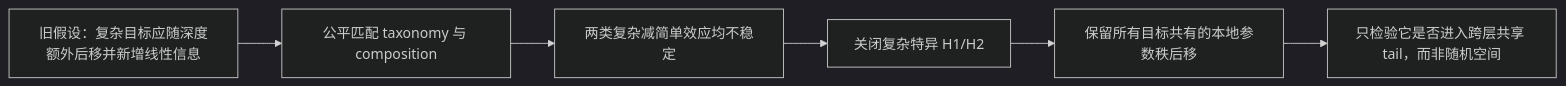
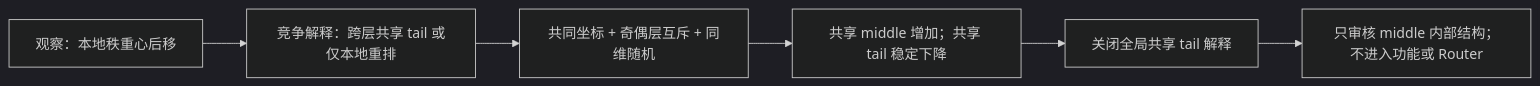
Before and after one commit to Shphd3/Research_System: the diagram in daily_research_reports/0809/focus.md, drawn with Mermaid (dark theme). The commit also changed other lines of this file and 23 other files, not shown here.

````diff
--- a/daily_research_reports/0809/focus.md
+++ b/daily_research_reports/0809/focus.md
@@ -39,8 +40,8 @@
 ```mermaid
 flowchart LR
-    A["旧假设：复杂目标应随深度额外后移并新增线性信息"] --> B["公平匹配 taxonomy 与 composition"]
-    B --> C["两类复杂减简单效应均不稳定"]
-    C --> D["关闭复杂特异 H1/H2"]
-    D --> E["保留所有目标共有的本地参数秩后移"]
-    E --> F["只检验它是否进入跨层共享 tail，而非随机空间"]
+    A["观察：本地秩重心后移"] --> B["竞争解释：跨层共享 tail 或仅本地重排"]
+    B --> C["共同坐标 + 奇偶层互斥 + 同维随机"]
+    C --> D["共享 middle 增加；共享 tail 稳定下降"]
+    D --> E["关闭全局共享 tail 解释"]
+    E --> F["只审核 middle 内部结构；不进入功能或 Router"]
 ```
````
